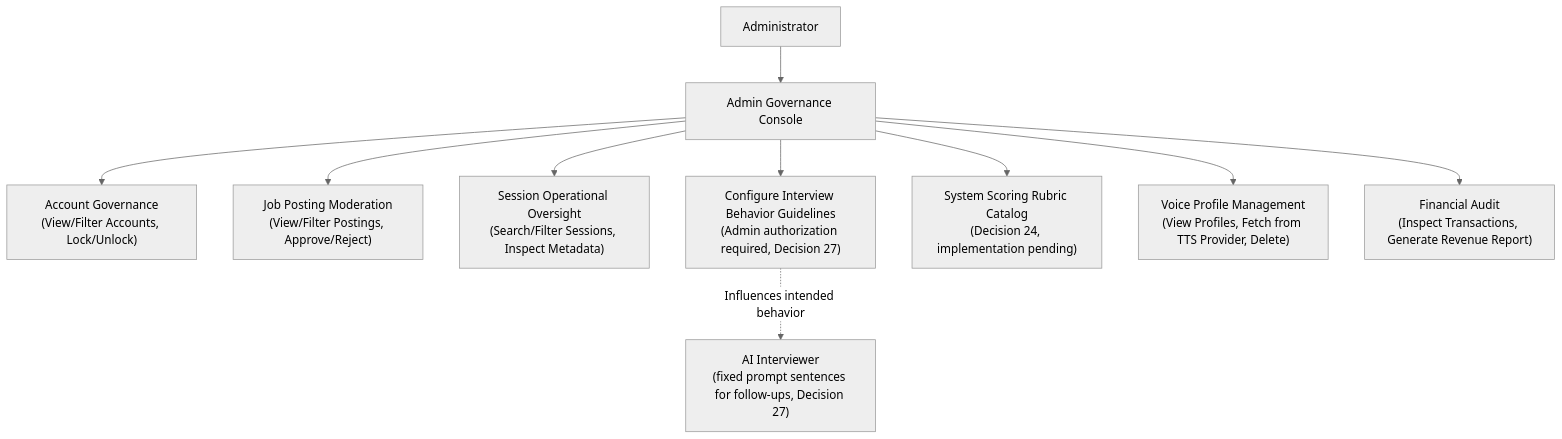
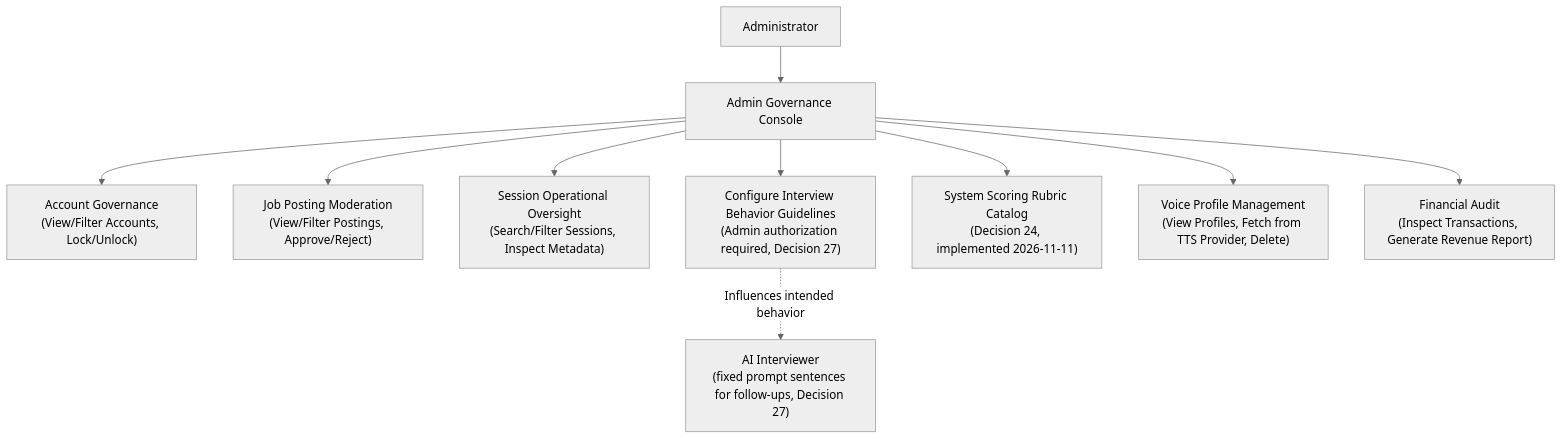
One commit to cog-forge/role-cue-brain changed the diagram in 01_Domains/Administration/README.md. Above: the diagram before and after it, drawn with Mermaid (neutral theme). The commit also changed other lines of this file and 16 other files, not shown here.

````diff
--- a/01_Domains/Administration/README.md
+++ b/01_Domains/Administration/README.md
@@ -66,13 +66,13 @@
 ```mermaid
 flowchart TD
     ADMIN["Administrator"] --> CONSOLE["Admin Governance Console"]
 
     CONSOLE --> ACC["Account Governance<br/>(View/Filter Accounts, Lock/Unlock)"]
     CONSOLE --> JP["Job Posting Moderation<br/>(View/Filter Postings, Approve/Reject)"]
     CONSOLE --> SESS["Session Operational Oversight<br/>(Search/Filter Sessions, Inspect Metadata)"]
     CONSOLE --> GUIDE["Configure Interview Behavior Guidelines<br/>(Admin authorization required, Decision 27)"]
     GUIDE -.->|"Influences intended behavior"| INTERVIEW["AI Interviewer<br/>(fixed prompt sentences for follow-ups, Decision 27)"]
-    CONSOLE --> RUBRIC["System Scoring Rubric Catalog<br/>(Decision 24, implementation pending)"]
+    CONSOLE --> RUBRIC["System Scoring Rubric Catalog<br/>(Decision 24, implemented 2026-11-11)"]
     CONSOLE --> VOICE["Voice Profile Management<br/>(View Profiles, Fetch from TTS Provider, Delete)"]
     CONSOLE --> FIN["Financial Audit<br/>(Inspect Transactions, Generate Revenue Report)"]
 ```
````
